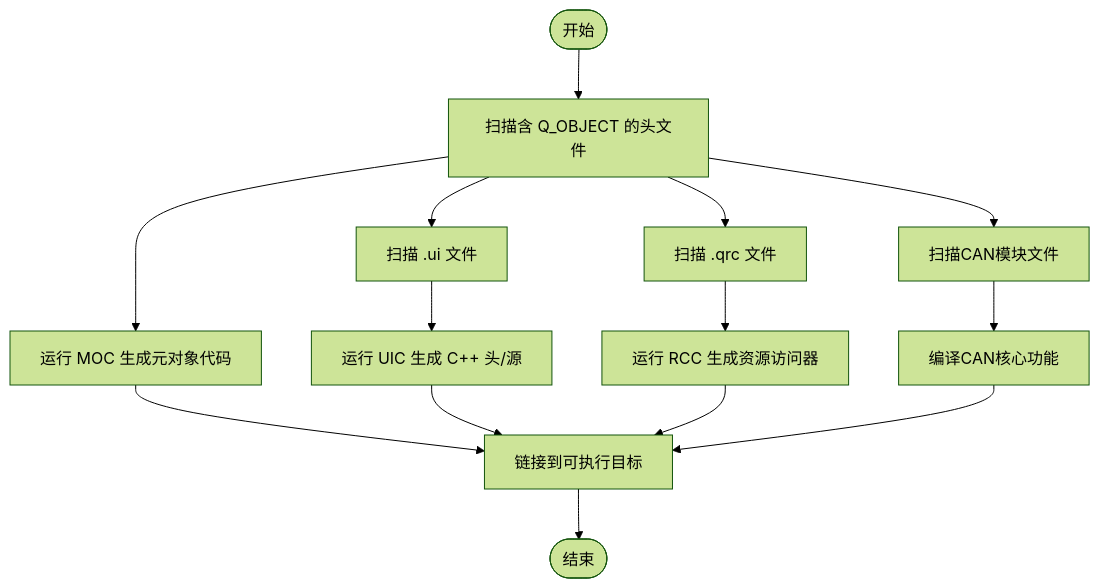
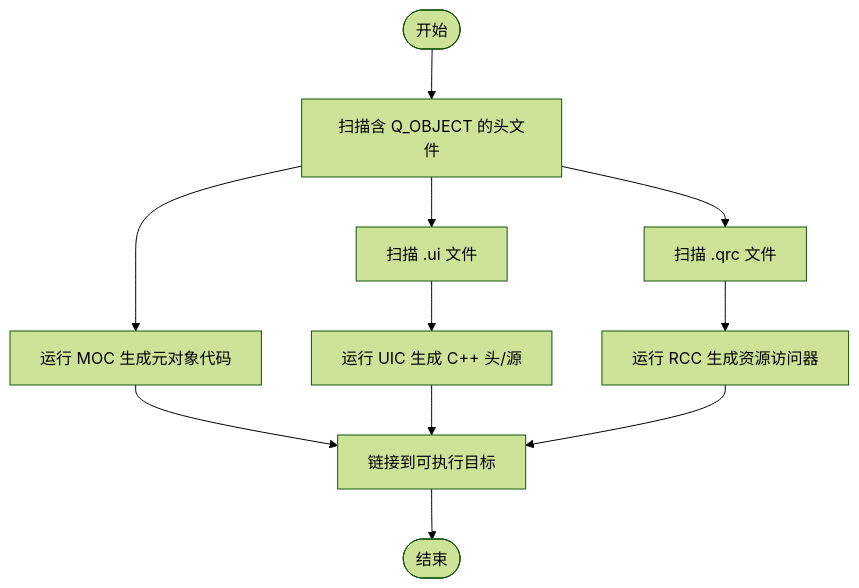
The third of 4 diagrams in .qoder/repowiki/zh/content/构建和部署/CMake构建配置.md (jakecai1225-design/OpenBus), drawn with Mermaid (forest theme) before and after one commit. The commit also changed other lines of this file and 215 other files, not shown here.

````diff
--- a/.qoder/repowiki/zh/content/构建和部署/CMake构建配置.md
+++ b/.qoder/repowiki/zh/content/构建和部署/CMake构建配置.md
@@ -237,16 +193,13 @@
 ```mermaid
 flowchart TD
 Start(["开始"]) --> CheckHeaders["扫描含 Q_OBJECT 的头文件"]
 CheckHeaders --> MOC["运行 MOC 生成元对象代码"]
 CheckHeaders --> ScanUI["扫描 .ui 文件"]
 ScanUI --> UIC["运行 UIC 生成 C++ 头/源"]
 CheckHeaders --> ScanQRC["扫描 .qrc 文件"]
 ScanQRC --> RCC["运行 RCC 生成资源访问器"]
-CheckHeaders --> ScanCAN["扫描CAN模块文件"]
-ScanCAN --> CompileCAN["编译CAN核心功能"]
 MOC --> Link["链接到可执行目标"]
 UIC --> Link
 RCC --> Link
-CompileCAN --> Link
 Link --> End(["结束"])
 ```
````
